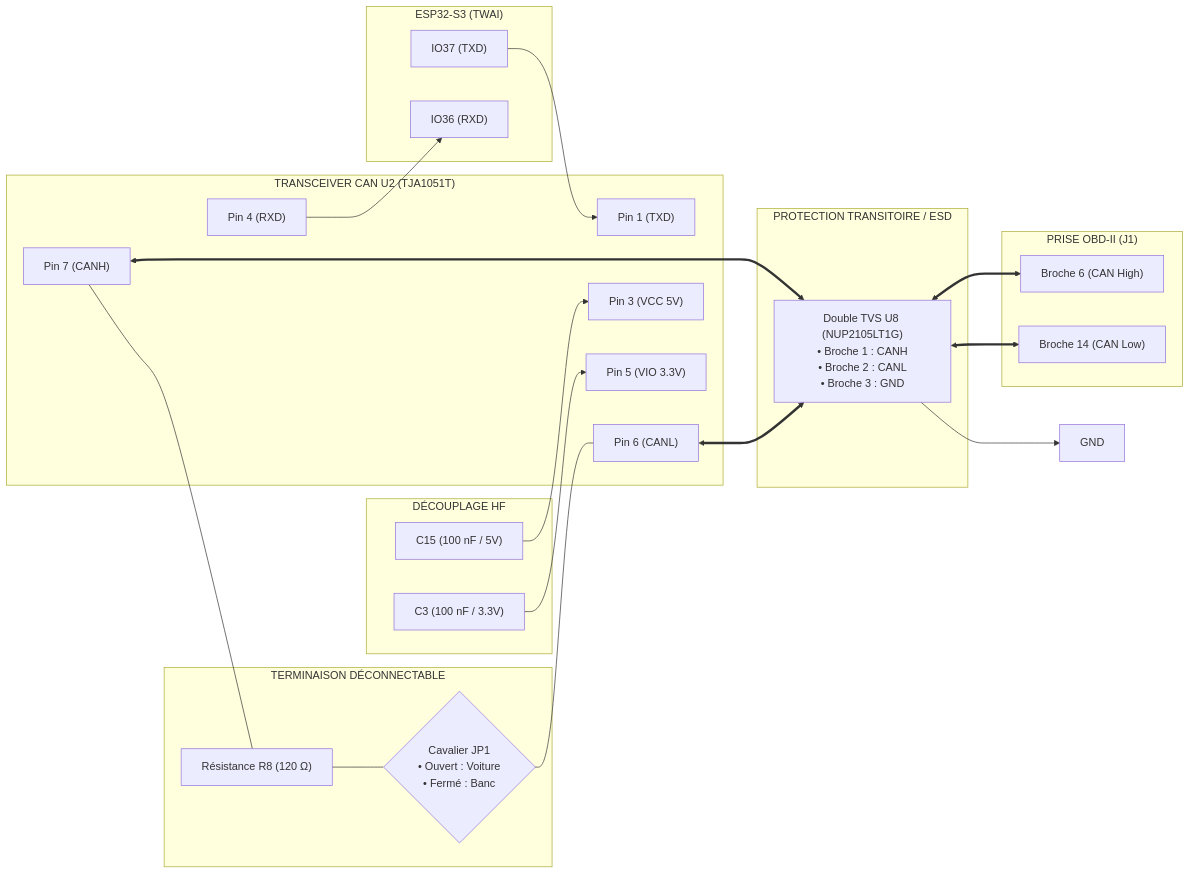
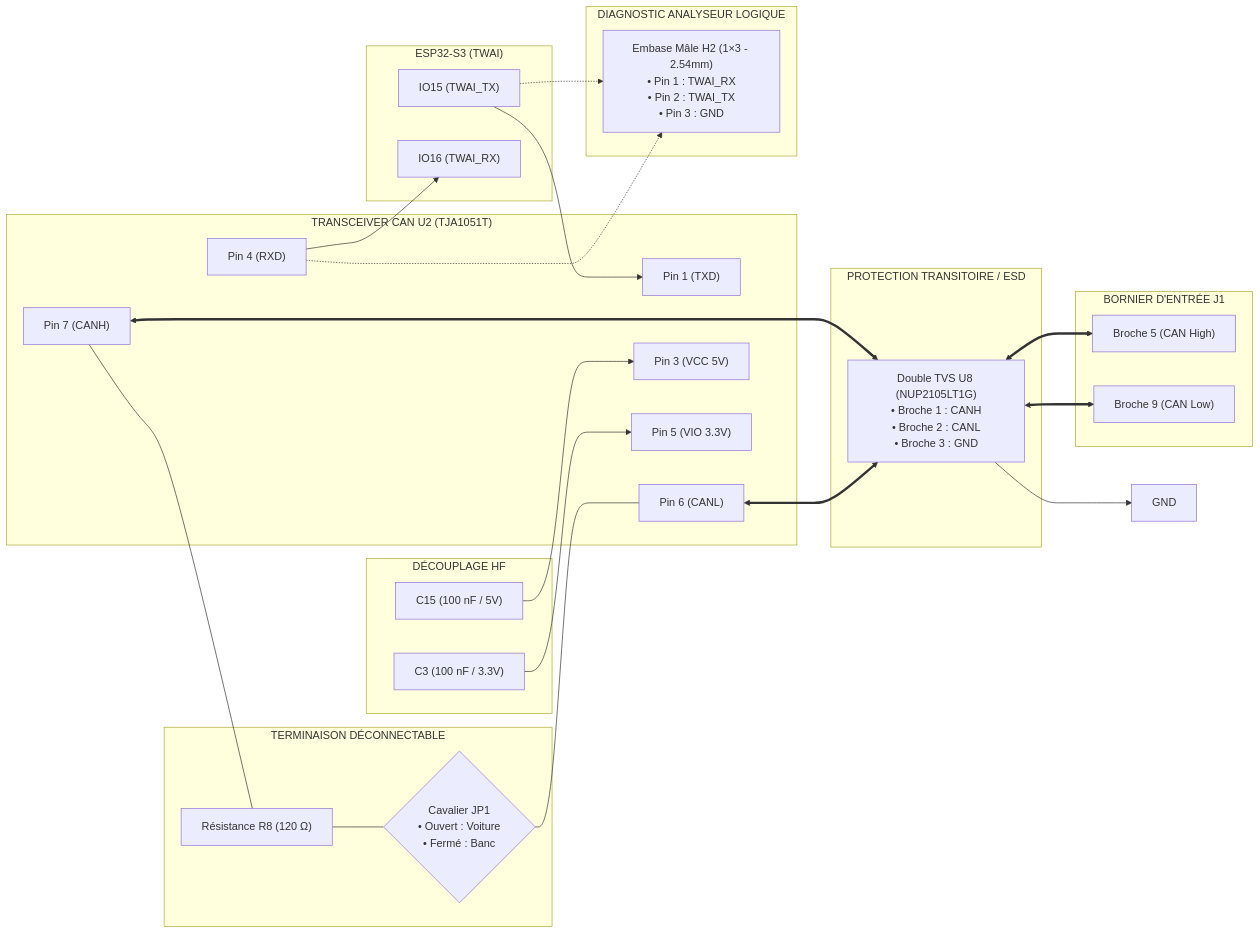
One commit to nitrogene/OBD2 changed the sixth of 9 diagrams in HARDWARE.md. Above: the diagram before and after it, drawn with Mermaid. The commit also changed other lines of this file and 12 other files, not shown here.

````diff
--- a/HARDWARE.md
+++ b/HARDWARE.md
@@ -270,63 +268,69 @@
 ```mermaid
 %%{init: {
   'themeVariables': {
     'fontFamily': 'Consolas, "Courier New", monospace',
     'fontSize': '12px'
   },
   'flowchart': {
     'curve': 'stepBefore',
     'nodeSpacing': 20,
     'rankSpacing': 30
   }
 }}%%
 flowchart LR
     subgraph MCU["ESP32-S3 (TWAI)"]
-        TXD["IO37 (TXD)"]
-        RXD["IO36 (RXD)"]
+        TXD["IO15 (TWAI_TX)"]
+        RXD["IO16 (TWAI_RX)"]
     end
 
     subgraph CAN_IC["TRANSCEIVER CAN U2 (TJA1051T)"]
         PIN_TX["Pin 1 (TXD)"]
         PIN_RX["Pin 4 (RXD)"]
         PIN_CANH["Pin 7 (CANH)"]
         PIN_CANL["Pin 6 (CANL)"]
         PIN_VCC["Pin 3 (VCC 5V)"]
         PIN_VIO["Pin 5 (VIO 3.3V)"]
     end
 
     subgraph DECOUP_CAN["DÉCOUPLAGE HF"]
         C15["C15 (100 nF / 5V)"]
         C3["C3 (100 nF / 3.3V)"]
     end
 
+    subgraph DIAG_CAN["DIAGNOSTIC ANALYSEUR LOGIQUE"]
+        H2["Embase Mâle H2 (1×3 - 2.54mm)\n• Pin 1 : TWAI_RX\n• Pin 2 : TWAI_TX\n• Pin 3 : GND"]
+    end
+
     subgraph TERM["TERMINAISON DÉCONNECTABLE"]
         R8["Résistance R8 (120 Ω)"]
         JP1{"Cavalier JP1\n• Ouvert : Voiture\n• Fermé : Banc"}
     end
 
     subgraph PROT_CAN["PROTECTION TRANSITOIRE / ESD"]
         U8["Double TVS U8 (NUP2105LT1G)\n• Broche 1 : CANH\n• Broche 2 : CANL\n• Broche 3 : GND"]
     end
 
-    subgraph OBD_CONN["PRISE OBD-II (J1)"]
-        PIN6["Broche 6 (CAN High)"]
-        PIN14["Broche 14 (CAN Low)"]
+    subgraph BORNIER_CONN["BORNIER D'ENTRÉE J1"]
+        PIN5_CONN["Broche 5 (CAN High)"]
+        PIN9_CONN["Broche 9 (CAN Low)"]
     end
 
     TXD --> PIN_TX
     PIN_RX --> RXD
+    PIN_RX -.-> H2
+    TXD -.-> H2
 
     C15 --> PIN_VCC
     C3 --> PIN_VIO
 
     PIN_CANH --- R8
     R8 --- JP1
     JP1 --- PIN_CANL
 
     PIN_CANH <==> U8
     PIN_CANL <==> U8
     U8 --> GND_CAN["GND"]
 
-    U8 <==> PIN6
-    U8 <==> PIN14
+    U8 <==> PIN5_CONN
+    U8 <==> PIN9_CONN
 ```
````
